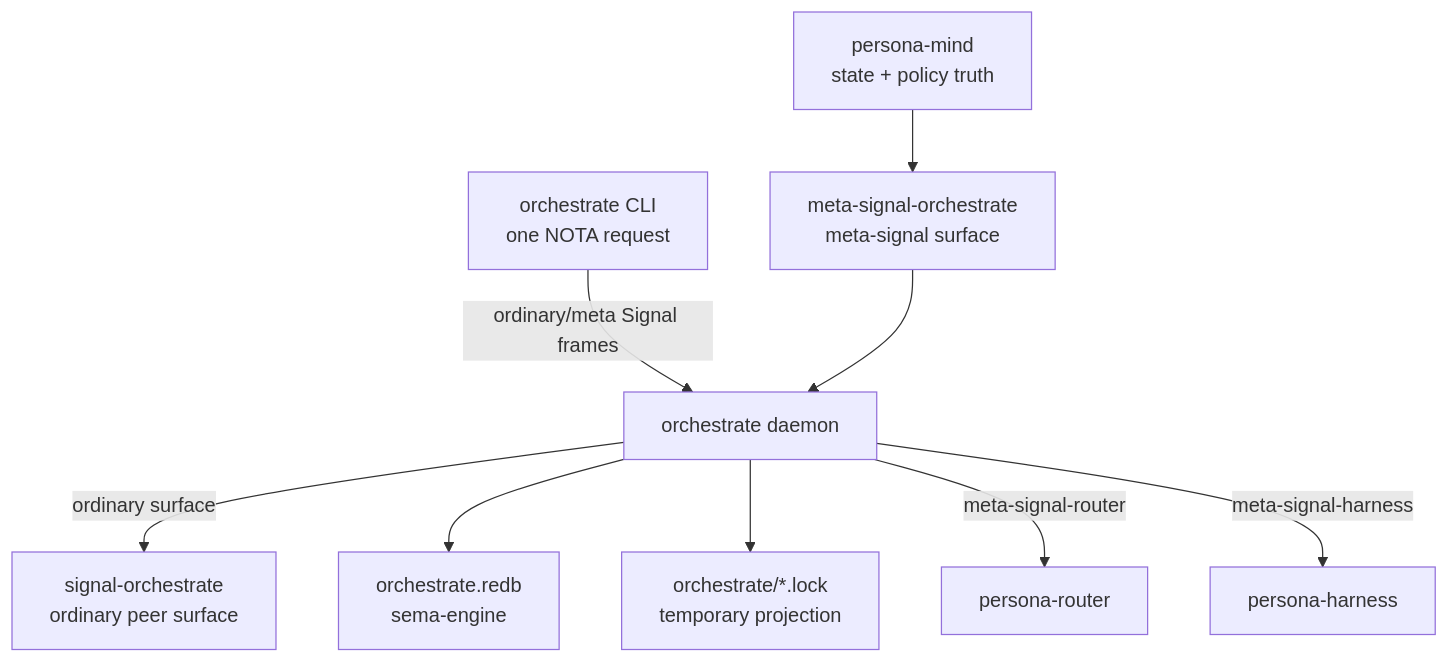
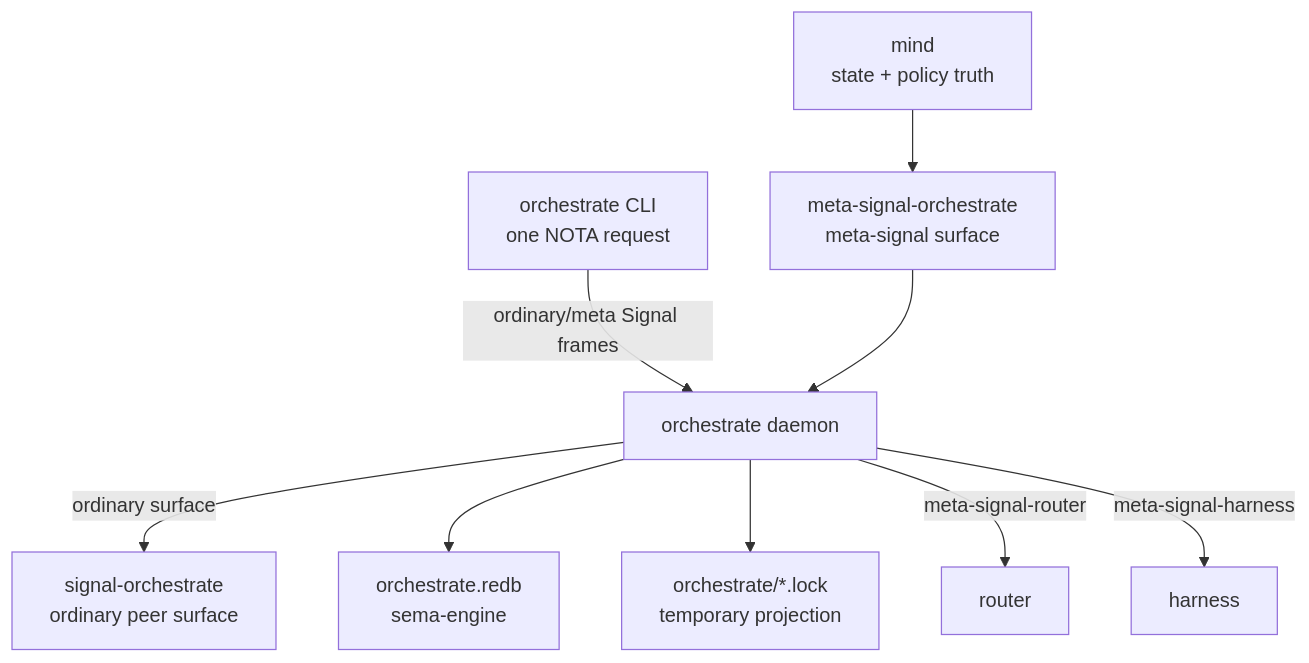
The diagram in ARCHITECTURE.md (LiGoldragon/orchestrate), drawn with Mermaid before and after one commit. The commit also changed other lines of this file and 5 other files, not shown here.

Commit message:
orchestrate: harden schema readiness checks

````diff
--- a/ARCHITECTURE.md
+++ b/ARCHITECTURE.md
@@ -68,21 +68,21 @@
 ```mermaid
 flowchart TB
-    mind["persona-mind<br/>state + policy truth"]
+    mind["mind<br/>state + policy truth"]
     cli["orchestrate CLI<br/>one NOTA request"]
     daemon["orchestrate daemon"]
     ordinary["signal-orchestrate<br/>ordinary peer surface"]
     owner["meta-signal-orchestrate<br/>meta-signal surface"]
     store["orchestrate.redb<br/>sema-engine"]
-    router["persona-router"]
-    harness["persona-harness"]
+    router["router"]
+    harness["harness"]
     locks["orchestrate/*.lock<br/>temporary projection"]
 
     cli -- "ordinary/meta Signal frames" --> daemon
     daemon -- "ordinary surface" --> ordinary
     mind --> owner
     owner --> daemon
     daemon --> store
     daemon --> locks
     daemon -- "meta-signal-router" --> router
     daemon -- "meta-signal-harness" --> harness
 ```
````
